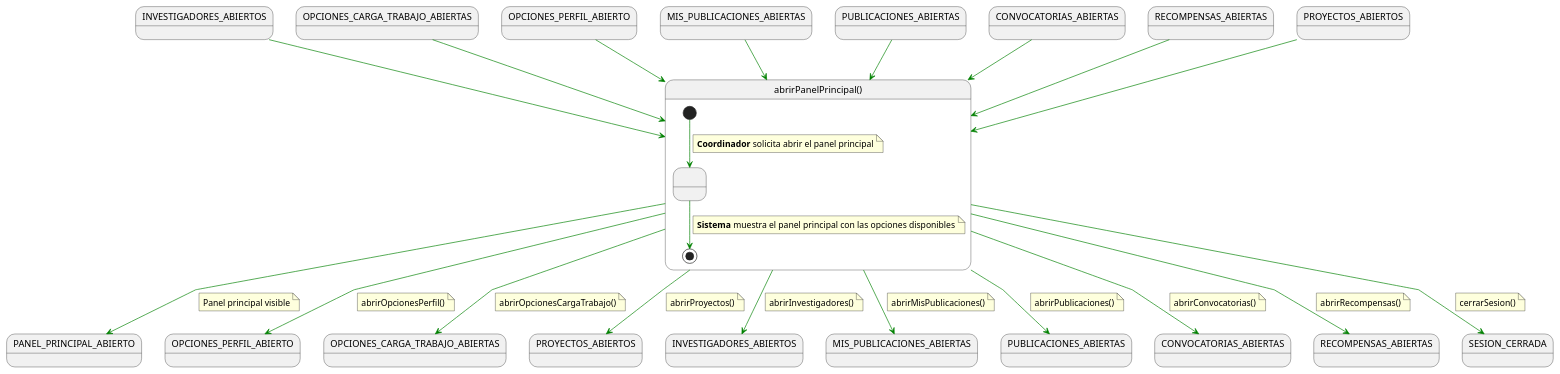
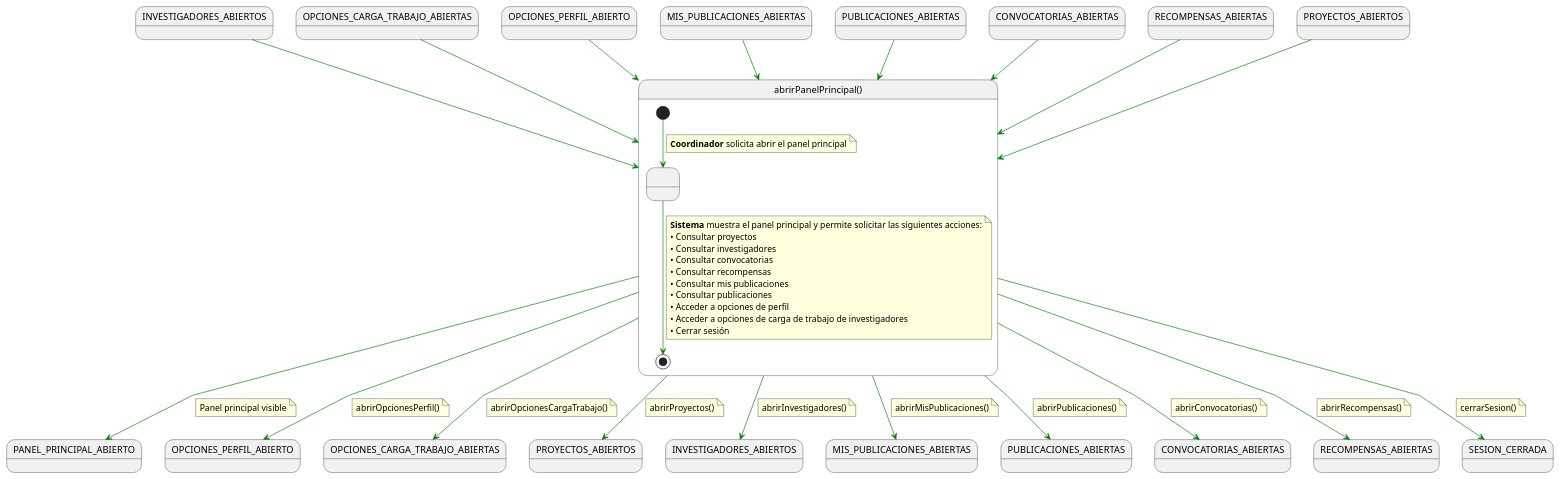
Before and after one commit to 31Diego/25-26-IdSw1-SdR: the diagram in documents/casosDeUso/detalle/coordinador/01-panel-principal/abrirPanelPrincipal/abrirPanelPrincipal.puml, drawn with PlantUML. The commit also changed 2 other files, not shown here.

Commit message:
Añado permisos del sistema a detallado abrirPanelPrincipal

```diff
--- a/documents/casosDeUso/detalle/coordinador/01-panel-principal/abrirPanelPrincipal/abrirPanelPrincipal.puml
+++ b/documents/casosDeUso/detalle/coordinador/01-panel-principal/abrirPanelPrincipal/abrirPanelPrincipal.puml
@@ -1,94 +1,103 @@
 @startuml abrirPanelPrincipal
 skinparam linetype polyline
 
 state in1 as "INVESTIGADORES_ABIERTOS"
 in1 -[#green]-> abrirPanelPrincipal
 
 state in2 as "OPCIONES_CARGA_TRABAJO_ABIERTAS"
 in2 -[#green]-> abrirPanelPrincipal
 
 state in3 as "OPCIONES_PERFIL_ABIERTO"
 in3 -[#green]-> abrirPanelPrincipal
 
 state in4 as "MIS_PUBLICACIONES_ABIERTAS"
 in4 -[#green]-> abrirPanelPrincipal
 
 state in5 as "PUBLICACIONES_ABIERTAS"
 in5 -[#green]-> abrirPanelPrincipal
 
 state in6 as "CONVOCATORIAS_ABIERTAS"
 in6 -[#green]-> abrirPanelPrincipal
 
 state in7 as "RECOMPENSAS_ABIERTAS"
 in7 -[#green]-> abrirPanelPrincipal
 
 state in8 as "PROYECTOS_ABIERTOS"
 in8 -[#green]-> abrirPanelPrincipal
 
 
 state abrirPanelPrincipal as "abrirPanelPrincipal()" {
 
     state " " as MostrandoPanel
 
     [*] -[#green]-> MostrandoPanel
     note on link
     <b>Coordinador</b> solicita abrir el panel principal
     end note
 
     MostrandoPanel -[#green]-> [*]
     note on link
-    <b>Sistema</b> muestra el panel principal con las opciones disponibles
+    <b>Sistema</b> muestra el panel principal y permite solicitar las siguientes acciones:
+    • Consultar proyectos
+    • Consultar investigadores
+    • Consultar convocatorias
+    • Consultar recompensas
+    • Consultar mis publicaciones
+    • Consultar publicaciones
+    • Acceder a opciones de perfil
+    • Acceder a opciones de carga de trabajo de investigadores
+    • Cerrar sesión
     end note
 }
 
 abrirPanelPrincipal -[#green]-> PANEL_PRINCIPAL_ABIERTO
 note on link
 Panel principal visible
 end note
 
 abrirPanelPrincipal -[#green]-> OPCIONES_PERFIL_ABIERTO
 note on link
 abrirOpcionesPerfil()
 end note
 
 abrirPanelPrincipal -[#green]-> OPCIONES_CARGA_TRABAJO_ABIERTAS
 note on link
 abrirOpcionesCargaTrabajo()
 end note
 
 abrirPanelPrincipal -[#green]-> PROYECTOS_ABIERTOS
 note on link
 abrirProyectos()
 end note
 
 abrirPanelPrincipal -[#green]-> INVESTIGADORES_ABIERTOS
 note on link
 abrirInvestigadores()
 end note
 
 abrirPanelPrincipal -[#green]-> MIS_PUBLICACIONES_ABIERTAS
 note on link
 abrirMisPublicaciones()
 end note
 
 abrirPanelPrincipal -[#green]-> PUBLICACIONES_ABIERTAS
 note on link
 abrirPublicaciones()
 end note
 
 abrirPanelPrincipal -[#green]-> CONVOCATORIAS_ABIERTAS
 note on link
 abrirConvocatorias()
 end note
 
 abrirPanelPrincipal -[#green]-> RECOMPENSAS_ABIERTAS
 note on link
 abrirRecompensas()
 end note
 
 abrirPanelPrincipal -[#green]-> SESION_CERRADA
 note on link
 cerrarSesion()
 end note
 
 @enduml
```
